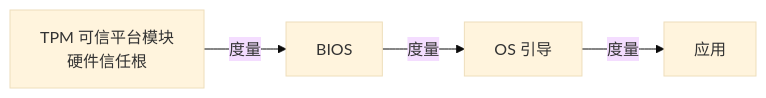
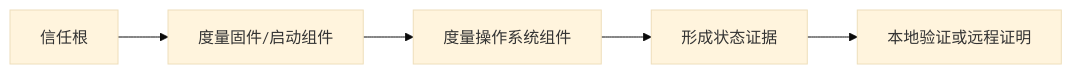
The diagram in 01_综合知识/03_信息安全技术/05_安全架构治理与可信/可信计算.md (74262195/system-architect-notes), drawn with Mermaid (base theme) before and after one commit. The commit also changed other lines of this file and 40 other files, not shown here.

````diff
--- a/01_综合知识/03_信息安全技术/05_安全架构治理与可信/可信计算.md
+++ b/01_综合知识/03_信息安全技术/05_安全架构治理与可信/可信计算.md
@@ -48,6 +28,7 @@
 ```mermaid
 flowchart LR
-    T[TPM 可信平台模块<br/>硬件信任根] -->|度量| B[BIOS]
-    B -->|度量| O[OS 引导]
-    O -->|度量| A[应用]
+    R[信任根] --> F[度量固件/启动组件]
+    F --> O[度量操作系统组件]
+    O --> E[形成状态证据]
+    E --> V[本地验证或远程证明]
 ```
````
